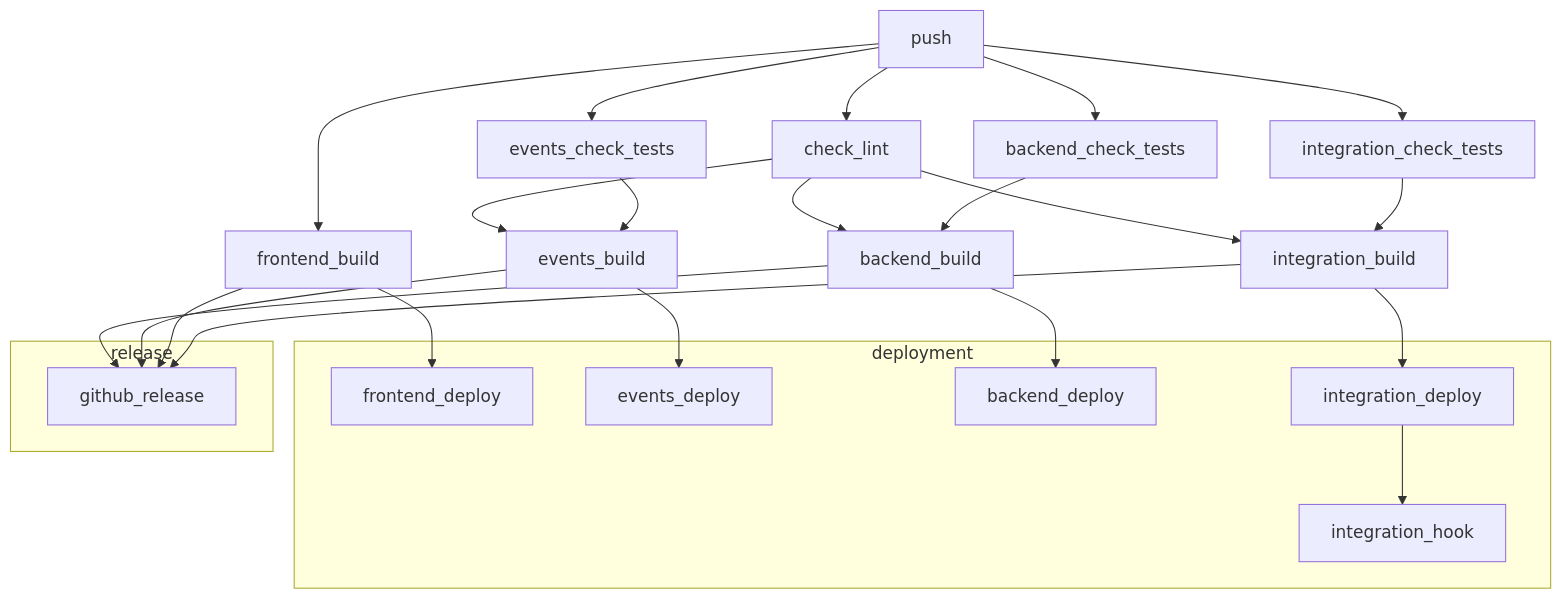
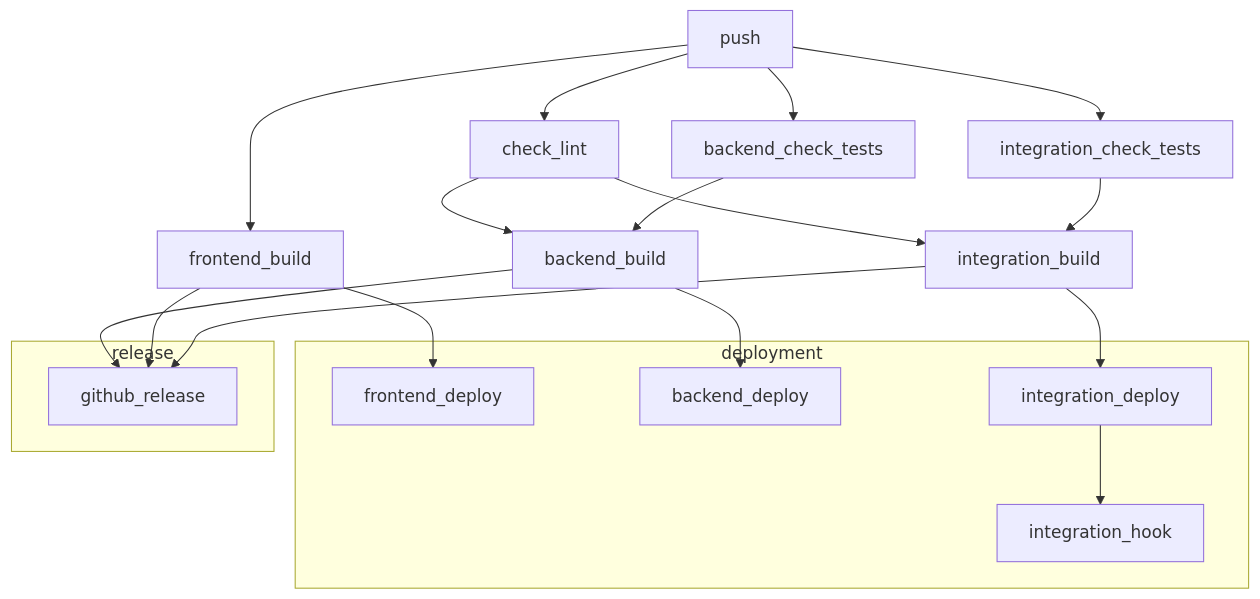
One commit to mozilla/code-review changed the diagram in docs/ci-cd/community.mermaid. Above: the diagram before and after it, drawn with Mermaid. The commit also changed 10 other files, not shown here.

```diff
--- a/docs/ci-cd/community.mermaid
+++ b/docs/ci-cd/community.mermaid
@@ -1,36 +1,30 @@
 graph TD
 
 push --> check_lint
 push --> backend_check_tests
-push --> events_check_tests
 push --> frontend_build
 push --> integration_check_tests
-check_lint --> events_build
-events_check_tests --> events_build
 check_lint --> backend_build
 backend_check_tests --> backend_build
 check_lint --> integration_build
 integration_check_tests --> integration_build
 
 frontend_build --> frontend_deploy
-events_build --> events_deploy
 backend_build --> backend_deploy
 integration_build --> integration_deploy
 
 subgraph deployment
-  events_deploy
   frontend_deploy
   backend_deploy
   integration_deploy
   integration_deploy --> integration_hook
 end
 
 
 backend_build --> github_release
-events_build --> github_release
 frontend_build --> github_release
 integration_build --> github_release
 
 subgraph release
   github_release
 end
```
